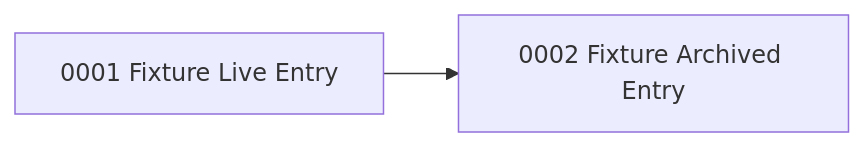
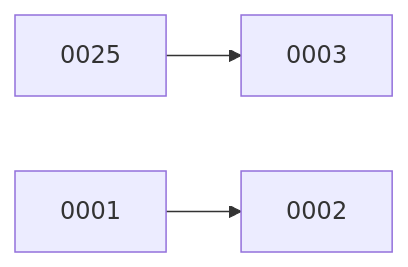
Before and after one commit to open-platform-model/opmodel.dev: the diagram in site/tests/fixtures/bundles/enhancements/edge/content/graph.md, drawn with Mermaid. The commit also changed other lines of this file and 149 other files, not shown here.

````diff
--- a/site/tests/fixtures/bundles/enhancements/edge/content/graph.md
+++ b/site/tests/fixtures/bundles/enhancements/edge/content/graph.md
@@ -10,4 +8,5 @@
 ```mermaid
 graph LR
-  e0001["0001 Fixture Live Entry"] --> e0002["0002 Fixture Archived Entry"]
+  E0025["0025"] --> E0003["0003"]
+  E0001["0001"] --> E0002["0002"]
 ```
````
